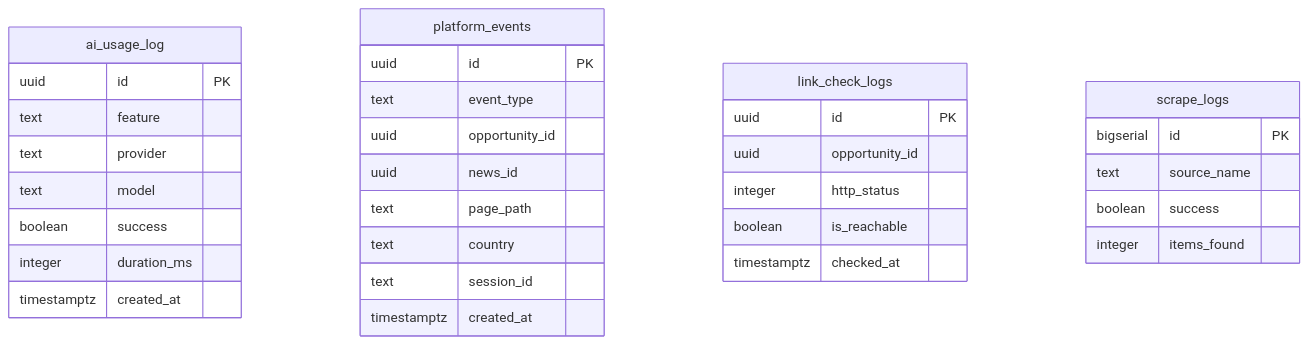
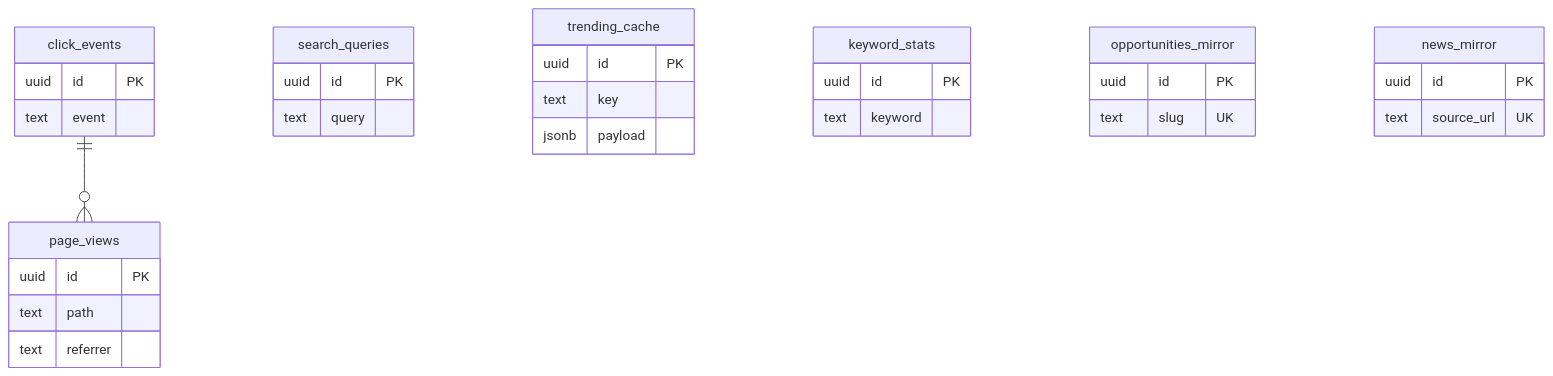
Before and after one commit to amitkr26/SiliconPath: the third of 4 diagrams in project-bible/06-database/er-diagram.md, drawn with Mermaid. The commit also changed other lines of this file and 40 other files, not shown here.

````diff
--- a/project-bible/06-database/er-diagram.md
+++ b/project-bible/06-database/er-diagram.md
@@ -168,38 +100,34 @@
 ```mermaid
 erDiagram
-    ai_usage_log {
+    click_events ||--o{ page_views : ""
+    page_views {
         uuid id PK
-        text feature
-        text provider
-        text model
-        boolean success
-        integer duration_ms
-        timestamptz created_at
+        text path
+        text referrer
     }
-    
-    platform_events {
+    click_events {
         uuid id PK
-        text event_type
-        uuid opportunity_id
-        uuid news_id
-        text page_path
-        text country
-        text session_id
-        timestamptz created_at
+        text event
     }
-    
-    link_check_logs {
+    search_queries {
         uuid id PK
-        uuid opportunity_id
-        integer http_status
-        boolean is_reachable
-        timestamptz checked_at
+        text query
     }
-    
-    scrape_logs {
-        bigserial id PK
-        text source_name
-        boolean success
-        integer items_found
+    trending_cache {
+        uuid id PK
+        text key
+        jsonb payload
+    }
+    keyword_stats {
+        uuid id PK
+        text keyword
+    }
+    opportunities_mirror {
+        uuid id PK
+        text slug UK
+    }
+    news_mirror {
+        uuid id PK
+        text source_url UK
     }
 ```
````
